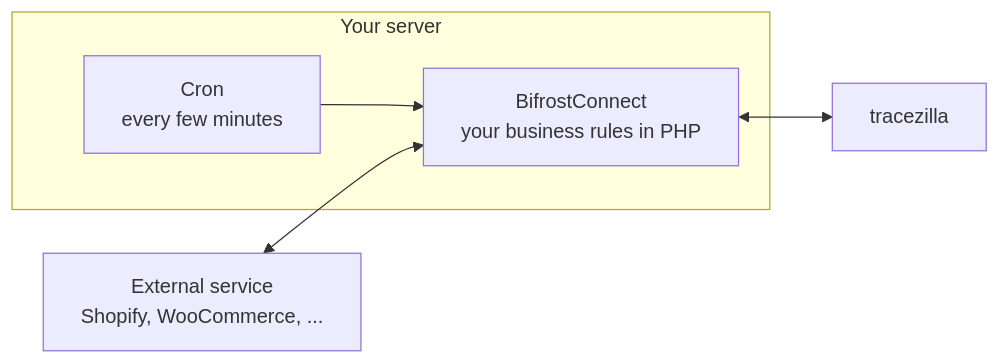
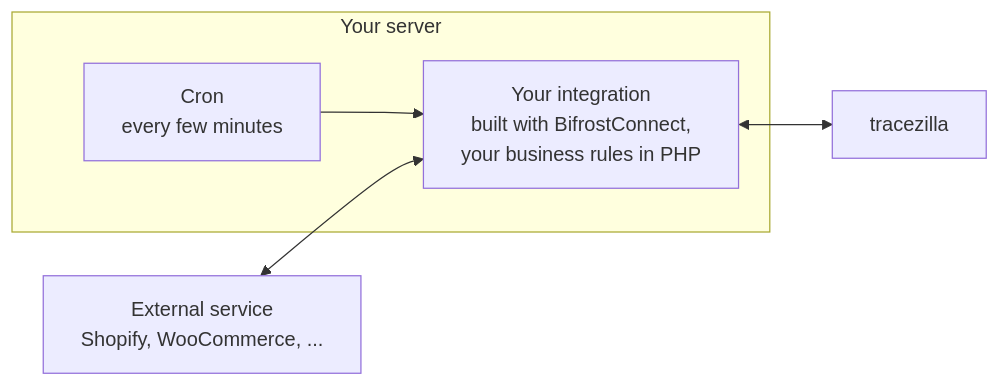
Before and after one commit to Happy-Bananas/tracezilla-integrations-docs: the diagram in index.md, drawn with Mermaid. The commit also changed other lines of this file and 8 other files, not shown here.

First line of the commit message:
Call the customer's project "your integration" (#20)

```diff
--- a/index.md
+++ b/index.md
@@ -31,13 +31,13 @@
 <pre class="mermaid">
 flowchart LR
     subgraph Server["Your server"]
         Cron["Cron<br>every few minutes"]
-        Bifrost["BifrostConnect<br>your business rules in PHP"]
+        Bifrost["Your integration<br>built with BifrostConnect,<br>your business rules in PHP"]
         Cron --> Bifrost
     end
     Service["External service<br>Shopify, WooCommerce, ..."]
     Tracezilla[tracezilla]
 
     Service <--> Bifrost
     Bifrost <--> Tracezilla
 </pre>
```
